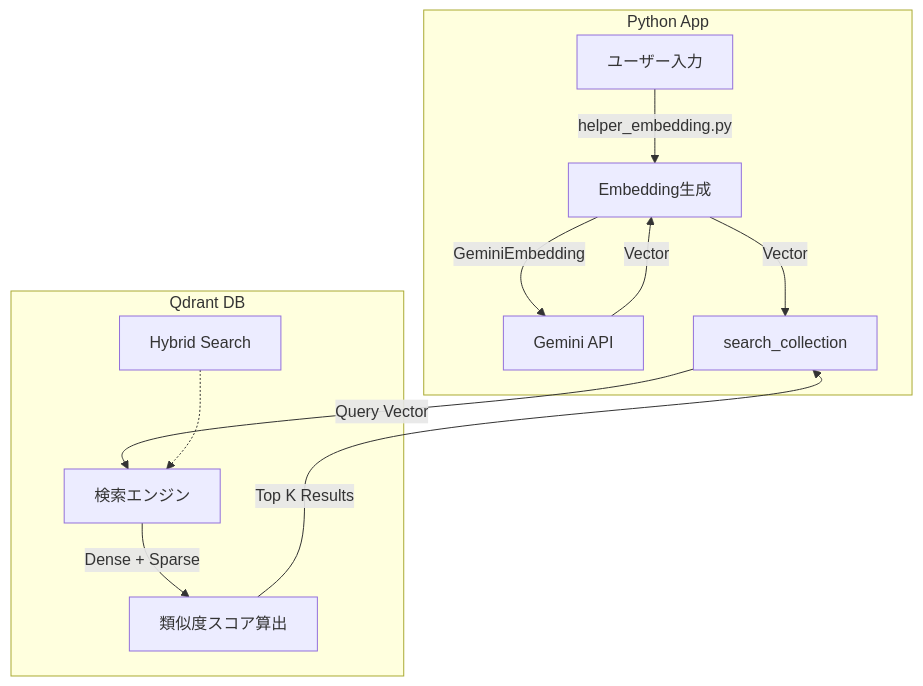
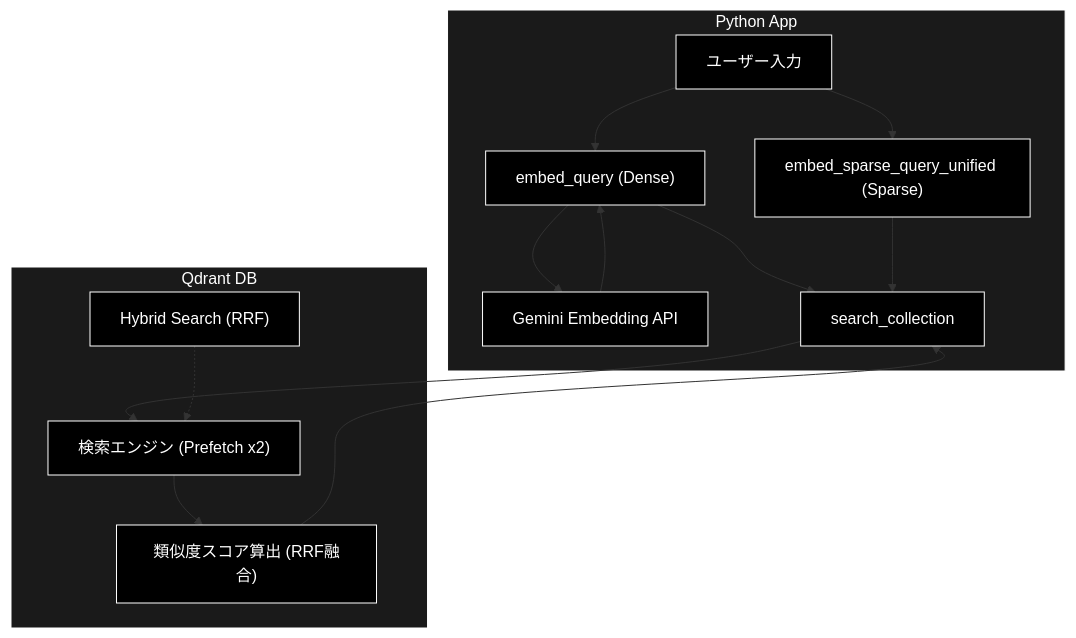
Before and after one commit to nakashima2toshio/anthropic_grace_agent_v2: the eighth of 10 diagrams in readme_react_reflection.md, drawn with Mermaid. The commit also changed other lines of this file and 5 other files, not shown here.

````diff
--- a/readme_react_reflection.md
+++ b/readme_react_reflection.md
@@ -716,16 +769,23 @@
 ```mermaid
 graph TD
-    subgraph Python App
-        Query[ユーザー入力] --> |helper_embedding.py| Embed[Embedding生成]
-        Embed --> |GeminiEmbedding| API[Gemini API]
-        API --> |Vector| Embed
-        Embed --> |Vector| Search[search_collection]
+    subgraph PythonApp ["Python App"]
+        Query["ユーザー入力"] --> Embed["embed_query (Dense)"]
+        Embed --> EmbedAPI["Gemini Embedding API"]
+        EmbedAPI --> Embed
+        Query --> Sparse["embed_sparse_query_unified (Sparse)"]
+        Embed --> Search["search_collection"]
+        Sparse --> Search
     end
 
-    subgraph Qdrant DB
-        Search --> |Query Vector| Engine[検索エンジン]
-        Config[Hybrid Search] -.-> Engine
-        Engine --> |Dense + Sparse| Score[類似度スコア算出]
-        Score --> |Top K Results| Search
+    subgraph QdrantDB ["Qdrant DB"]
+        Search --> Engine["検索エンジン (Prefetch x2)"]
+        Config["Hybrid Search (RRF)"] -.-> Engine
+        Engine --> Score["類似度スコア算出 (RRF融合)"]
+        Score --> Search
     end
+classDef default fill:#000,stroke:#fff,color:#fff
+classDef subgraphStyle fill:#1a1a1a,stroke:#fff,color:#fff
+class Query,Embed,EmbedAPI,Sparse,Search,Engine,Config,Score default
+style PythonApp fill:#1a1a1a,stroke:#fff,color:#fff
+style QdrantDB fill:#1a1a1a,stroke:#fff,color:#fff
 ```
````
